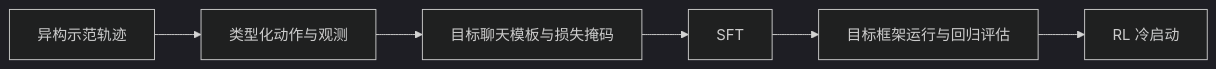
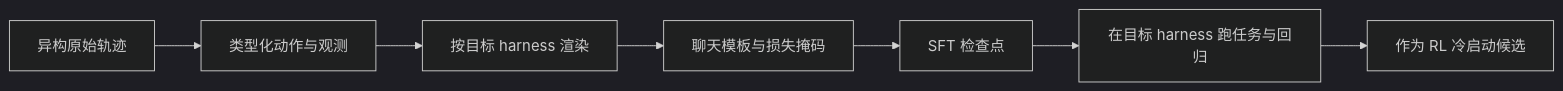
The diagram in lessons/4b-supervised-fine-tuning/notes.md (RoyceChase/cmu-ai-agents-study), drawn with Mermaid (dark theme) before and after one commit. The commit also changed other lines of this file and 14 other files, not shown here.

````diff
--- a/lessons/4b-supervised-fine-tuning/notes.md
+++ b/lessons/4b-supervised-fine-tuning/notes.md
@@ -205,8 +81,9 @@
 ```mermaid
 flowchart LR
-    A[异构示范轨迹] --> B[类型化动作与观测]
-    B --> C[目标聊天模板与损失掩码]
-    C --> D[SFT]
-    D --> E[目标框架运行与回归评估]
-    E --> F[RL 冷启动]
+    A[异构原始轨迹] --> B[类型化动作与观测]
+    B --> C[按目标 harness 渲染]
+    C --> D[聊天模板与损失掩码]
+    D --> E[SFT 检查点]
+    E --> F[在目标 harness 跑任务与回归]
+    F --> G[作为 RL 冷启动候选]
 ```
````
